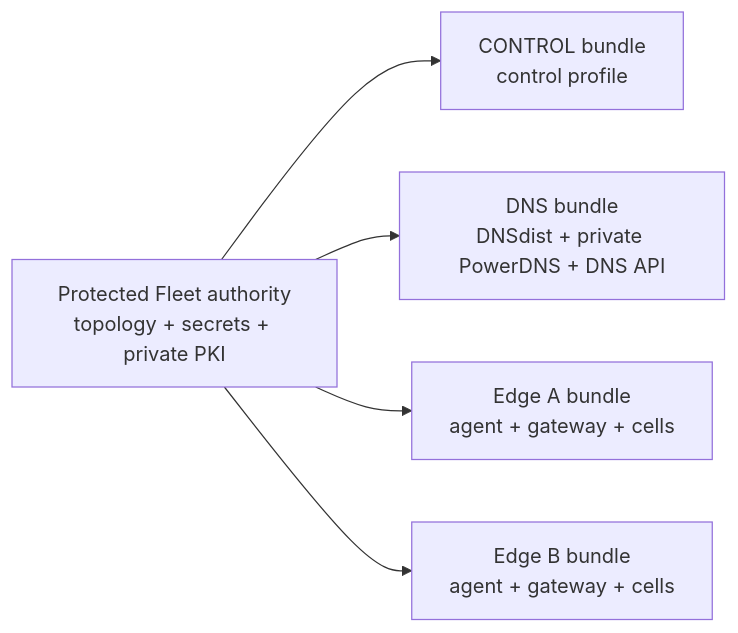
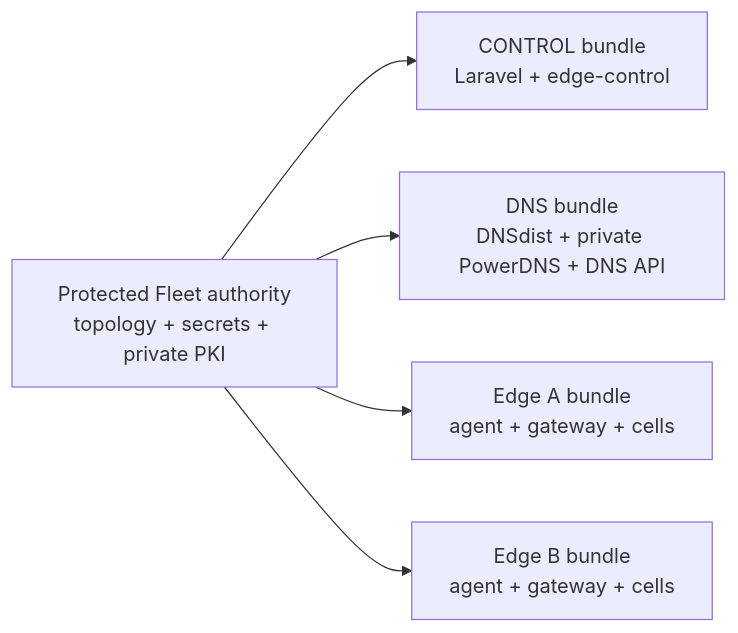
The diagram in docs/deployment/production-fleet-operator-guide.md (vaheed/CDNFoundry), drawn with Mermaid before and after one commit. The commit also changed 8 other files, not shown here.

Commit message:
feat: update CI workflow job name; enhance documentation with edge-control mTLS ingress details and related flowcharts

````diff
--- a/docs/deployment/production-fleet-operator-guide.md
+++ b/docs/deployment/production-fleet-operator-guide.md
@@ -8,7 +8,7 @@
 ```mermaid
 flowchart LR
-  A["Protected Fleet authority<br/>topology + secrets + private PKI"] --> C["CONTROL bundle<br/>control profile"]
+  A["Protected Fleet authority<br/>topology + secrets + private PKI"] --> C["CONTROL bundle<br/>Laravel + edge-control"]
   A --> D["DNS bundle<br/>DNSdist + private PowerDNS + DNS API"]
   A --> E1["Edge A bundle<br/>agent + gateway + cells"]
   A --> E2["Edge B bundle<br/>agent + gateway + cells"]
 ```
````
